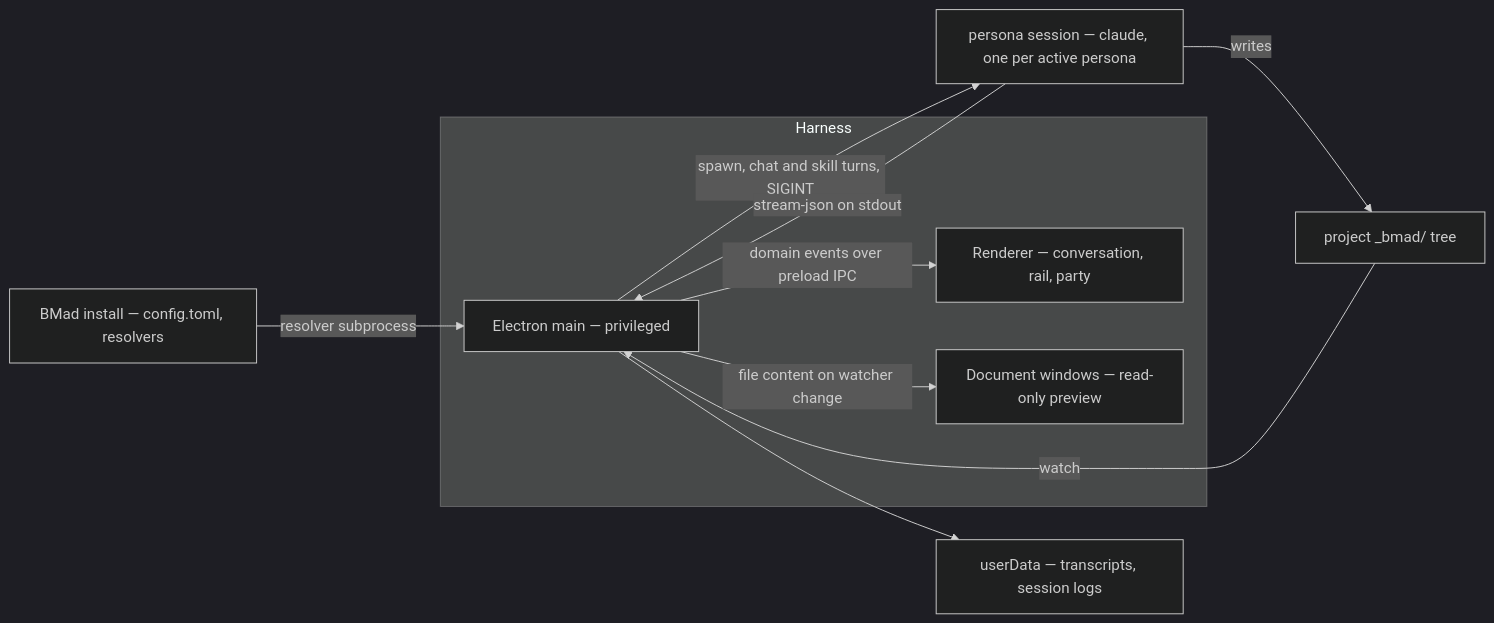
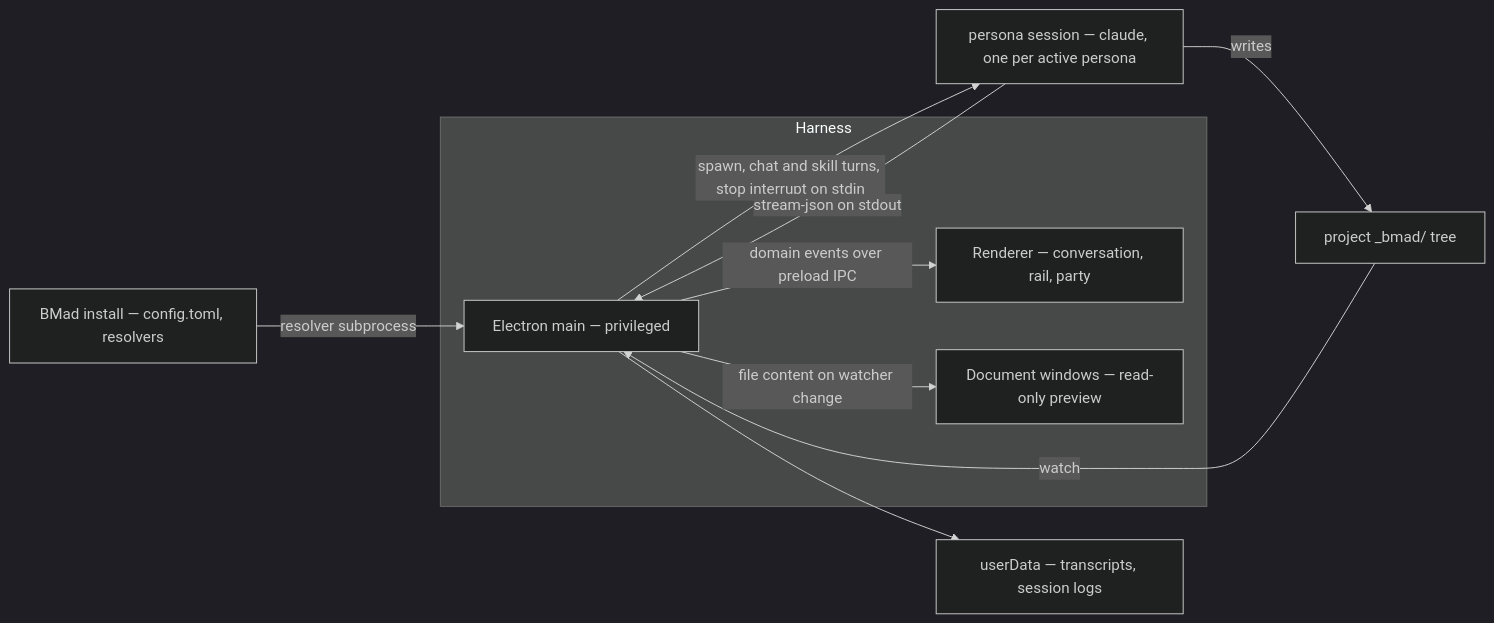
One commit to sherifmatta/bmad-harness changed the third of 3 diagrams in _bmad/planning-artifacts/architecture/architecture-bmad-harness-2026-09-23/ARCHITECTURE-SPINE.md. Above: the diagram before and after it, drawn with Mermaid (dark theme). The commit also changed other lines of this file and 1 other file, not shown here.

First line of the commit message:
docs: architecture spine and experience spec reconciled to the in-band stop and the pending-turn model

````diff
--- a/_bmad/planning-artifacts/architecture/architecture-bmad-harness-2026-09-23/ARCHITECTURE-SPINE.md
+++ b/_bmad/planning-artifacts/architecture/architecture-bmad-harness-2026-09-23/ARCHITECTURE-SPINE.md
@@ -255,21 +255,21 @@
 ```mermaid
 graph LR
   subgraph HARNESS["Harness"]
     MAIN["Electron main — privileged"]
     REND["Renderer — conversation, rail, party"]
     DOC["Document windows — read-only preview"]
   end
   CLI["persona session — claude, one per active persona"]
   FS["project _bmad/ tree"]
   INST["BMad install — config.toml, resolvers"]
   UD["userData — transcripts, session logs"]
 
-  MAIN -->|spawn, chat and skill turns, SIGINT| CLI
+  MAIN -->|spawn, chat and skill turns, stop interrupt on stdin| CLI
   CLI -->|stream-json on stdout| MAIN
   CLI -->|writes| FS
   FS -->|watch| MAIN
   INST -->|resolver subprocess| MAIN
   MAIN -->|domain events over preload IPC| REND
   MAIN -->|file content on watcher change| DOC
   MAIN --> UD
 ```
````
